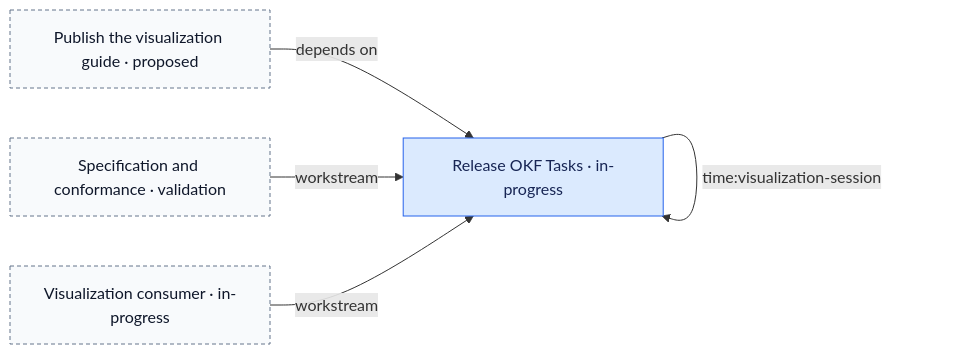
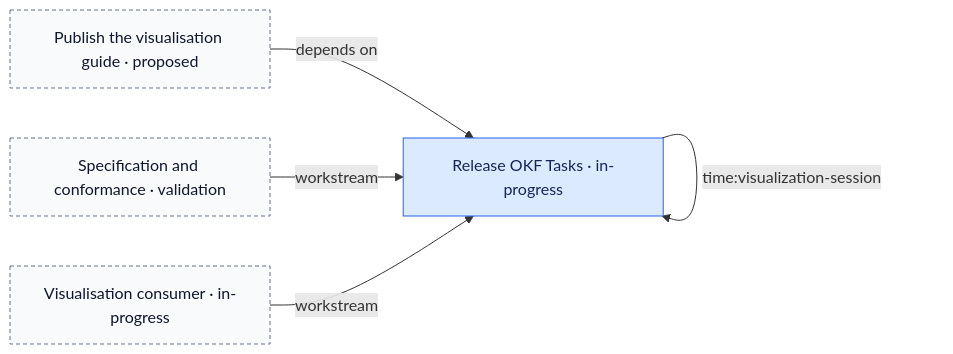
The third of 3 diagrams in docs/VISUALIZATION.md (polaralias/okf-tasks), drawn with Mermaid before and after one commit. The commit also changed other lines of this file and 208 other files, not shown here.

````diff
--- a/docs/VISUALIZATION.md
+++ b/docs/VISUALIZATION.md
@@ -42,16 +42,16 @@
 ```mermaid
 flowchart LR
-    n0["Publish the visualization guide · proposed"]:::boundary
+    n0["Publish the visualisation guide · proposed"]:::boundary
     n1["Release OKF Tasks · in-progress"]:::task
     n2["Specification and conformance · validation"]:::boundary
-    n3["Visualization consumer · in-progress"]:::boundary
+    n3["Visualisation consumer · in-progress"]:::boundary
     n0 -->|depends on| n1
     n1 -->|time:visualization-session| n1
     n2 -->|workstream| n1
     n3 -->|workstream| n1
     classDef task fill:#dbeafe,stroke:#2563eb,color:#172554
     classDef workstream fill:#ede9fe,stroke:#7c3aed,color:#2e1065
     classDef tracker fill:#ffedd5,stroke:#ea580c,color:#431407
     classDef knowledge fill:#dcfce7,stroke:#16a34a,color:#052e16
     classDef boundary fill:#f8fafc,stroke:#64748b,color:#0f172a,stroke-dasharray:4 3
 ```
````
